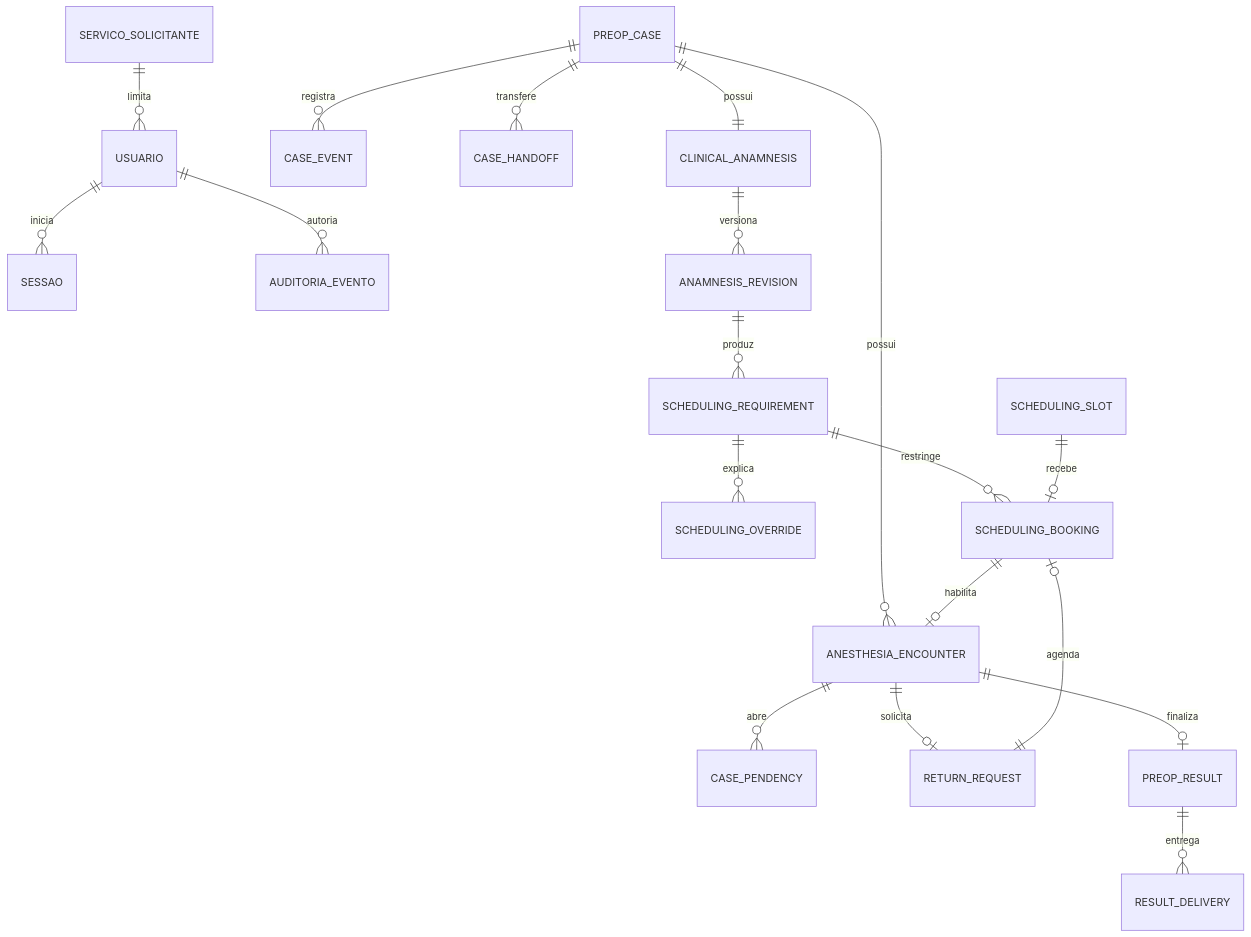
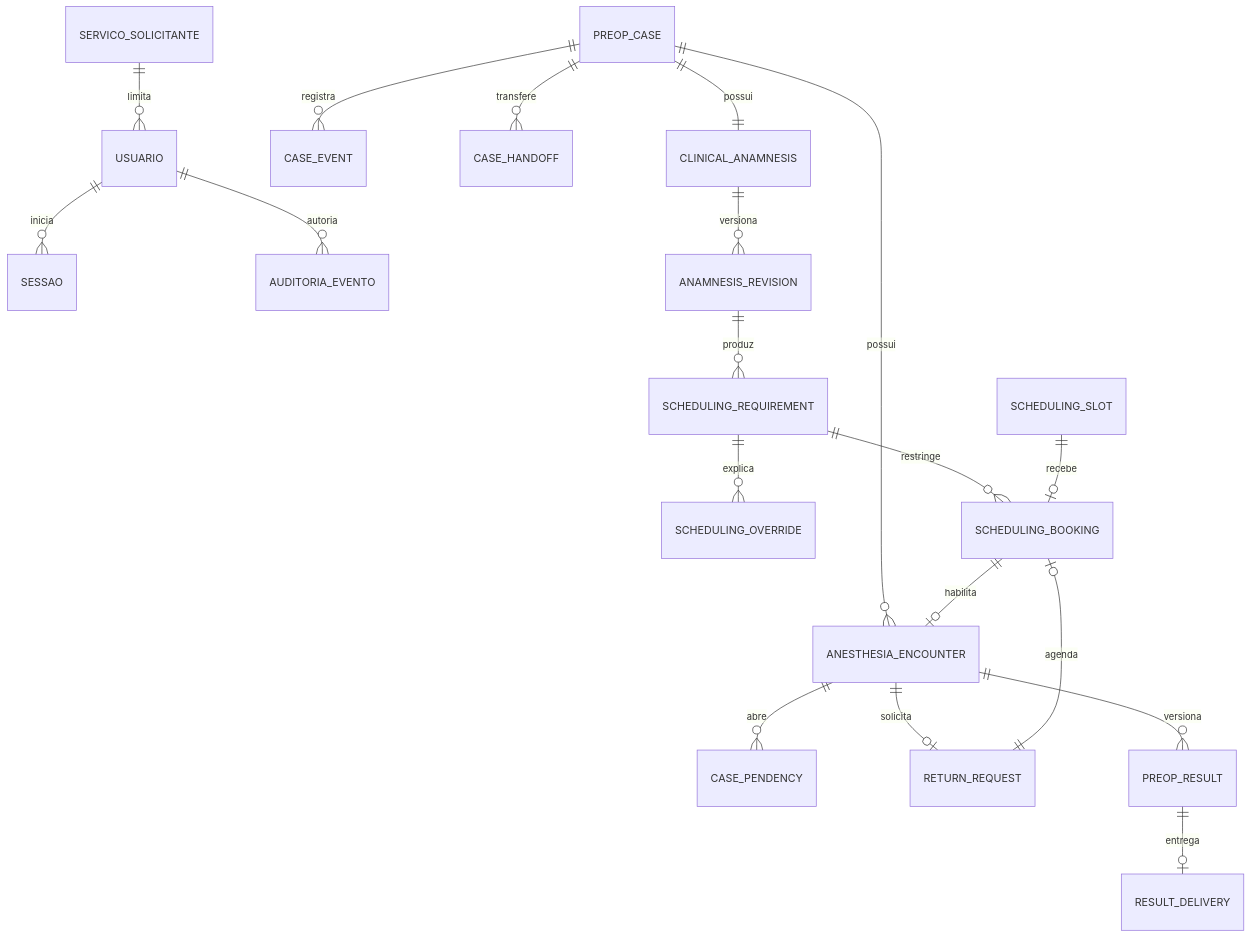
Before and after one commit to nmarcofernandess/antessala: the second of 3 diagrams in hack/BUILD.md, drawn with Mermaid. The commit also changed other lines of this file and 20 other files, not shown here.

````diff
--- a/hack/BUILD.md
+++ b/hack/BUILD.md
@@ -247,21 +246,21 @@
 ```mermaid
 erDiagram
   USUARIO ||--o{ SESSAO : inicia
   USUARIO ||--o{ AUDITORIA_EVENTO : autoria
   SERVICO_SOLICITANTE ||--o{ USUARIO : limita
   PREOP_CASE ||--o{ CASE_EVENT : registra
   PREOP_CASE ||--o{ CASE_HANDOFF : transfere
   PREOP_CASE ||--|| CLINICAL_ANAMNESIS : possui
   CLINICAL_ANAMNESIS ||--o{ ANAMNESIS_REVISION : versiona
   ANAMNESIS_REVISION ||--o{ SCHEDULING_REQUIREMENT : produz
   SCHEDULING_REQUIREMENT ||--o{ SCHEDULING_OVERRIDE : explica
   SCHEDULING_REQUIREMENT ||--o{ SCHEDULING_BOOKING : restringe
   SCHEDULING_SLOT ||--o| SCHEDULING_BOOKING : recebe
   PREOP_CASE ||--o{ ANESTHESIA_ENCOUNTER : possui
   ANESTHESIA_ENCOUNTER ||--o{ CASE_PENDENCY : abre
   ANESTHESIA_ENCOUNTER ||--o| RETURN_REQUEST : solicita
   RETURN_REQUEST ||--o| SCHEDULING_BOOKING : agenda
   SCHEDULING_BOOKING ||--o| ANESTHESIA_ENCOUNTER : habilita
-  ANESTHESIA_ENCOUNTER ||--o| PREOP_RESULT : finaliza
-  PREOP_RESULT ||--o{ RESULT_DELIVERY : entrega
+  ANESTHESIA_ENCOUNTER ||--o{ PREOP_RESULT : versiona
+  PREOP_RESULT ||--o| RESULT_DELIVERY : entrega
 ```
````
